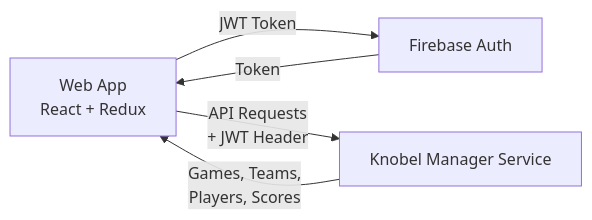
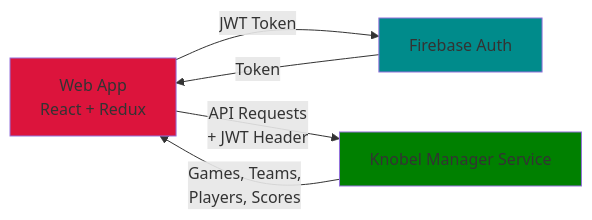
The diagram in README.md (henok321/knobel-manager-app), drawn with Mermaid before and after one commit.

Commit message:
docs: update architecture diagram in README with additional styles

````diff
--- a/README.md
+++ b/README.md
@@ -11,7 +11,10 @@
 ```mermaid
 graph LR
-    A[Web App<br/>React + Redux] -->|JWT Token| B[Firebase Auth]
-    A -->|API Requests<br/>+ JWT Header| C[Knobel Manager Service]
-    B -->|Token| A
-    C -->|Games, Teams,<br/>Players, Scores| A
+    Web-App[Web App<br/>React + Redux] -->|JWT Token| Auth[Firebase Auth]
+    Web-App -->|API Requests<br/>+ JWT Header| Backend[Knobel Manager Service]
+    Auth -->|Token| Web-App
+    Backend -->|Games, Teams,<br/>Players, Scores| Web-App
+    style Web-App fill: crimson
+    style Auth fill: darkcyan
+    style Backend fill: green
 ```
````
